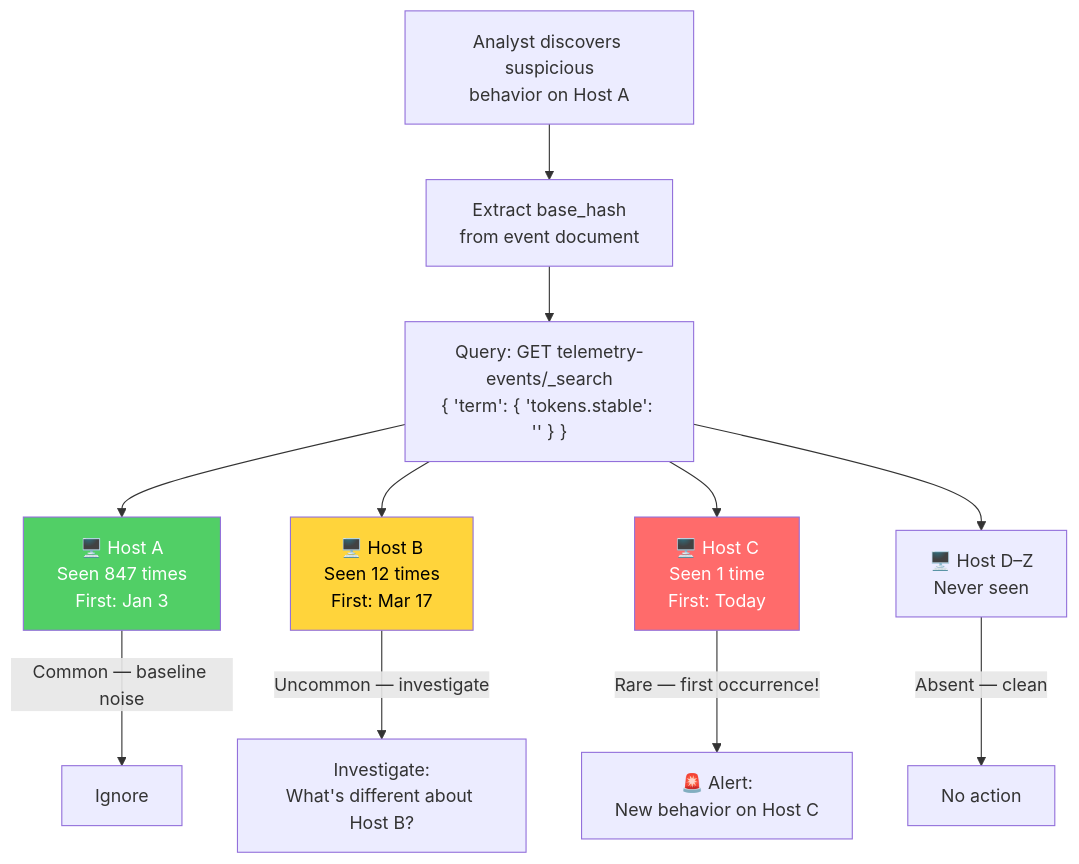
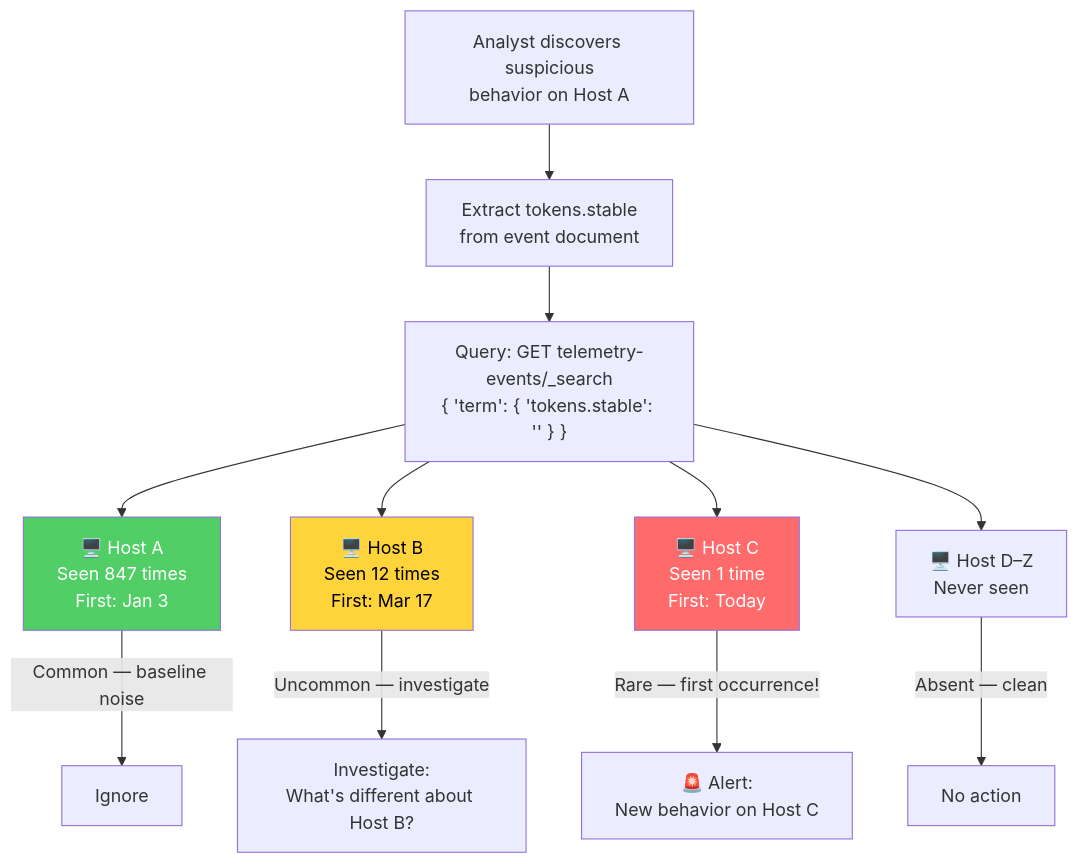
One commit to LongHorizons/WindOH changed the sixth of 8 diagrams in LongHorizons/README.md. Above: the diagram before and after it, drawn with Mermaid. The commit also changed other lines of this file and 7 other files, not shown here.

````diff
--- a/LongHorizons/README.md
+++ b/LongHorizons/README.md
@@ -232,19 +232,19 @@
 ```mermaid
 flowchart TD
-    HUNT["Analyst discovers suspicious\nbehavior on Host A"] --> HASH["Extract base_hash\nfrom event document"]
+    HUNT["Analyst discovers suspicious\nbehavior on Host A"] --> HASH["Extract tokens.stable\nfrom event document"]
     HASH --> QUERY["Query: GET telemetry-events/_search\n{ 'term': { 'tokens.stable': '<hash>' } }"]
 
     QUERY --> H1["🖥️ Host A\nSeen 847 times\nFirst: Jan 3"]
     QUERY --> H2["🖥️ Host B\nSeen 12 times\nFirst: Mar 17"]
     QUERY --> H3["🖥️ Host C\nSeen 1 time\nFirst: Today"]
     QUERY --> H4["🖥️ Host D–Z\nNever seen"]
 
     H1 -->|"Common — baseline noise"| IGNORE["Ignore"]
     H2 -->|"Uncommon — investigate"| INVESTIGATE["Investigate:\nWhat's different about Host B?"]
     H3 -->|"Rare — first occurrence!"| ALERT["🚨 Alert:\nNew behavior on Host C"]
     H4 -->|"Absent — clean"| CLEAN["No action"]
 
     style H3 fill:#ff6b6b,color:#fff
     style H1 fill:#51cf66,color:#fff
     style H2 fill:#ffd43b,color:#000
 ```
````
